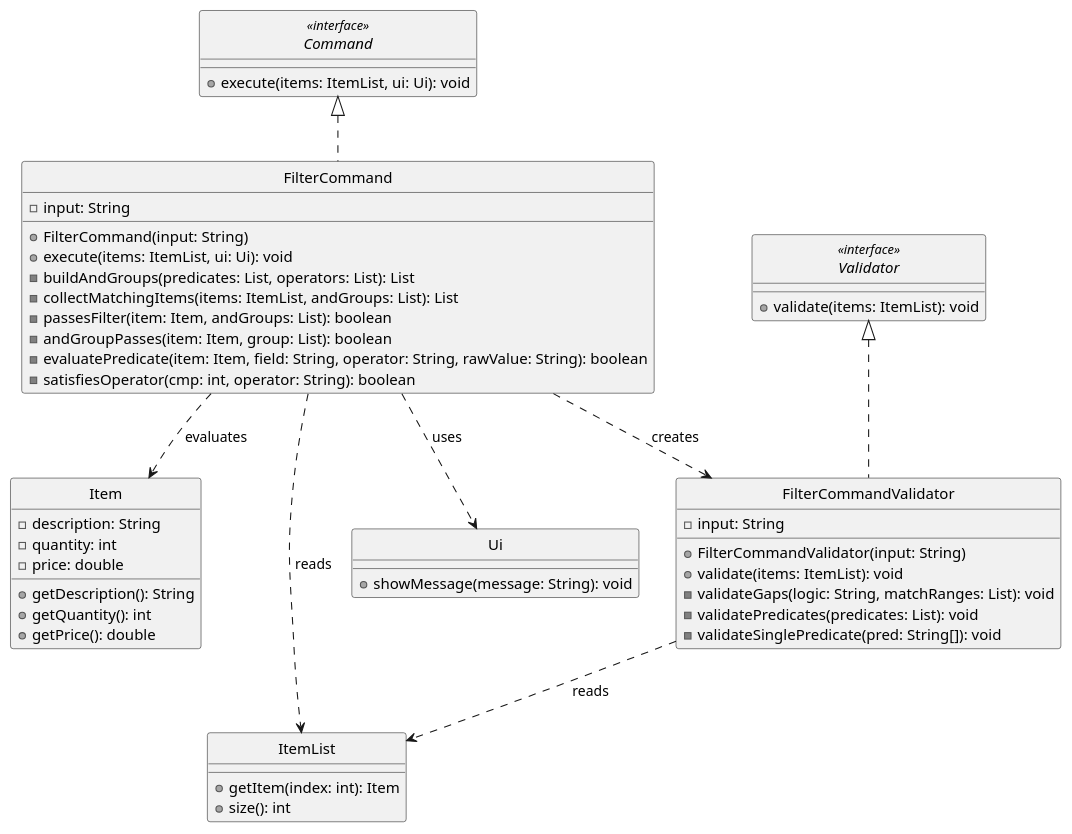
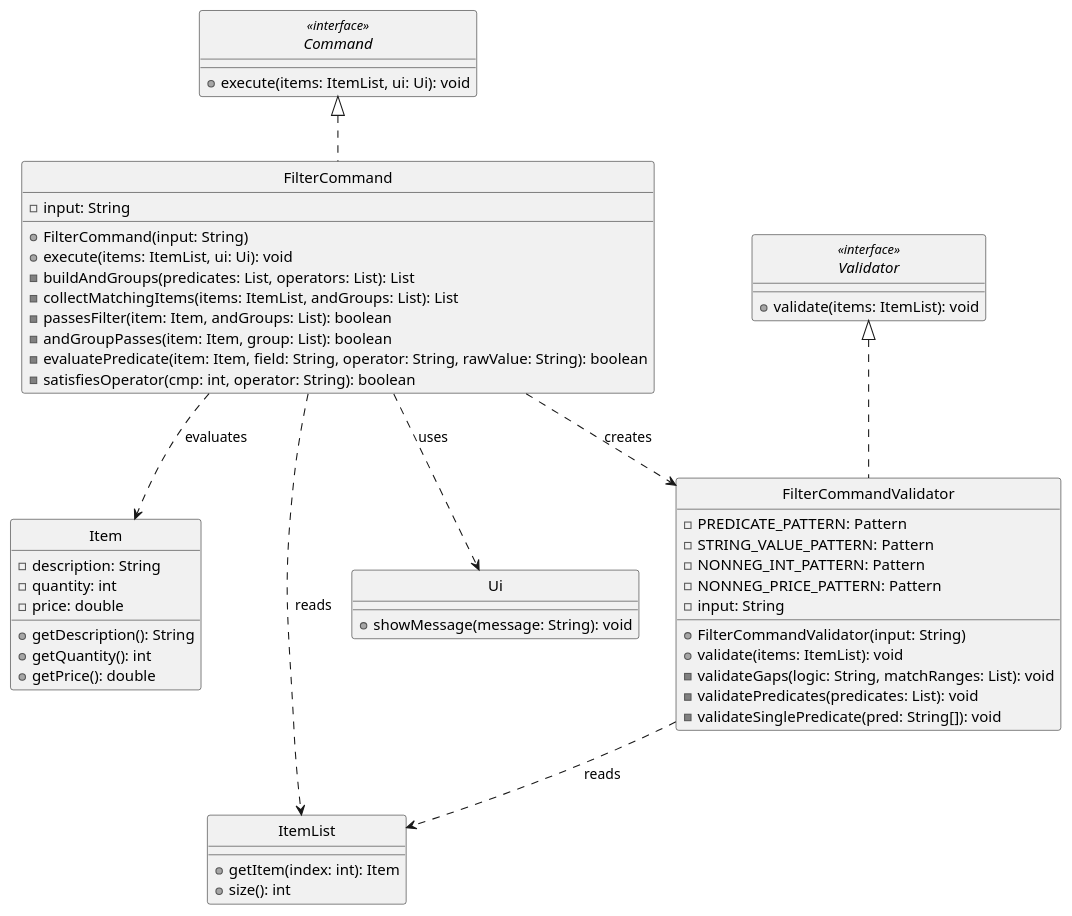
One commit to kenpegrasio/tp changed the diagram in docs/diagrams/FilterCommandClassDiagram.puml. Above: the diagram before and after it, drawn with PlantUML. The commit also changed 12 other files, not shown here.

```diff
--- a/docs/diagrams/FilterCommandClassDiagram.puml
+++ b/docs/diagrams/FilterCommandClassDiagram.puml
@@ -1,62 +1,66 @@
 @startuml
 skinparam monochrome true
 skinparam shadowing false
 hide circle
 
 interface Command <<interface>> {
     + execute(items: ItemList, ui: Ui): void
 }
 
 class FilterCommand {
     - input: String
     + FilterCommand(input: String)
     + execute(items: ItemList, ui: Ui): void
     - buildAndGroups(predicates: List, operators: List): List
     - collectMatchingItems(items: ItemList, andGroups: List): List
     - passesFilter(item: Item, andGroups: List): boolean
     - andGroupPasses(item: Item, group: List): boolean
     - evaluatePredicate(item: Item, field: String, operator: String, rawValue: String): boolean
     - satisfiesOperator(cmp: int, operator: String): boolean
 }
 
 interface Validator <<interface>> {
     + validate(items: ItemList): void
 }
 
 class FilterCommandValidator {
+    - PREDICATE_PATTERN: Pattern
+    - STRING_VALUE_PATTERN: Pattern
+    - NONNEG_INT_PATTERN: Pattern
+    - NONNEG_PRICE_PATTERN: Pattern
     - input: String
     + FilterCommandValidator(input: String)
     + validate(items: ItemList): void
     - validateGaps(logic: String, matchRanges: List): void
     - validatePredicates(predicates: List): void
     - validateSinglePredicate(pred: String[]): void
 }
 
 class Item {
     - description: String
     - quantity: int
     - price: double
     + getDescription(): String
     + getQuantity(): int
     + getPrice(): double
 }
 
 class ItemList {
     + getItem(index: int): Item
     + size(): int
 }
 
 class Ui {
     + showMessage(message: String): void
 }
 
 Command <|.. FilterCommand
 Validator <|.. FilterCommandValidator
 
 FilterCommand ..> FilterCommandValidator : creates
 FilterCommand ..> ItemList : reads
 FilterCommand ..> Item : evaluates
 FilterCommand ..> Ui : uses
 FilterCommandValidator ..> ItemList : reads
 
 @enduml
```
